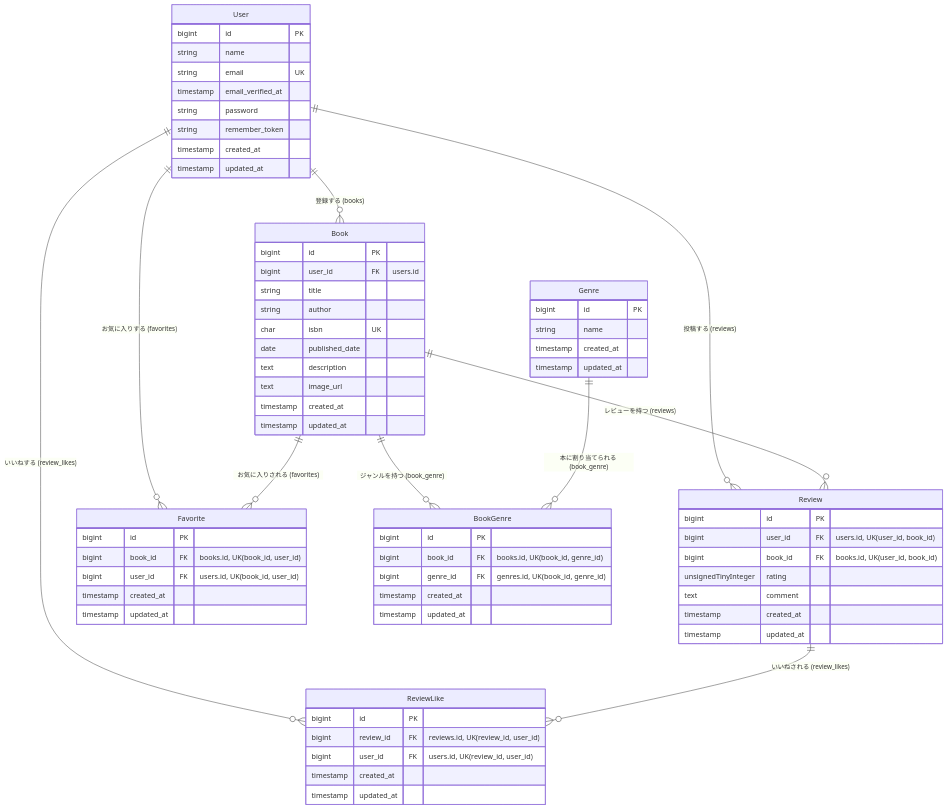
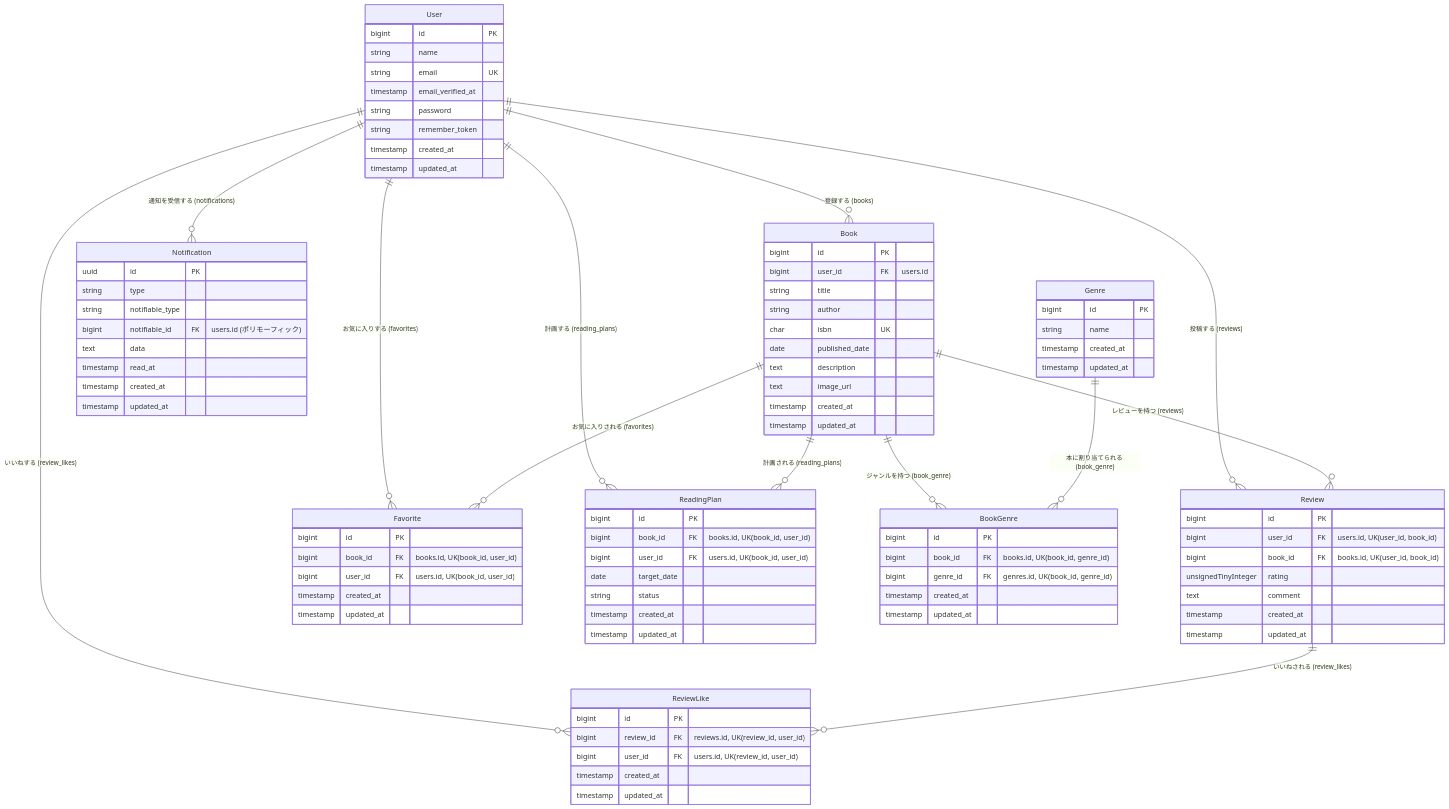
The diagram in README.md (NobuyoshiShimada/BookShelf-App), drawn with Mermaid before and after one commit. The commit also changed other lines of this file and 7 other files, not shown here.

````diff
--- a/README.md
+++ b/README.md
@@ -266,10 +294,14 @@
     User ||--o{ Review : "投稿する (reviews)"
     User ||--o{ Favorite : "お気に入りする (favorites)"
     User ||--o{ ReviewLike : "いいねする (review_likes)"
+    User ||--o{ ReadingPlan : "計画する (reading_plans)"
+    User ||--o{ Notification : "通知を受信する (notifications)"
     
     Book ||--o{ Review : "レビューを持つ (reviews)"
     Book ||--o{ BookGenre : "ジャンルを持つ (book_genre)"
     Book ||--o{ Favorite : "お気に入りされる (favorites)"
+    Book ||--o{ ReadingPlan : "計画される (reading_plans)"
+
     
     Genre ||--o{ BookGenre : "本に割り当てられる (book_genre)"
     Review ||--o{ ReviewLike : "いいねされる (review_likes)"
@@ -338,4 +370,25 @@
         timestamp created_at
         timestamp updated_at
     }
+
+    ReadingPlan {
+        bigint id PK
+        bigint book_id FK "books.id, UK(book_id, user_id)"
+        bigint user_id FK "users.id, UK(book_id, user_id)"
+        date target_date
+        string status
+        timestamp created_at
+        timestamp updated_at
+    }
+
+    Notification {
+        uuid id PK
+        string type
+        string notifiable_type
+        bigint notifiable_id FK "users.id (ポリモーフィック)"
+        text data
+        timestamp read_at
+        timestamp created_at
+        timestamp updated_at
+    }
 ```
````
